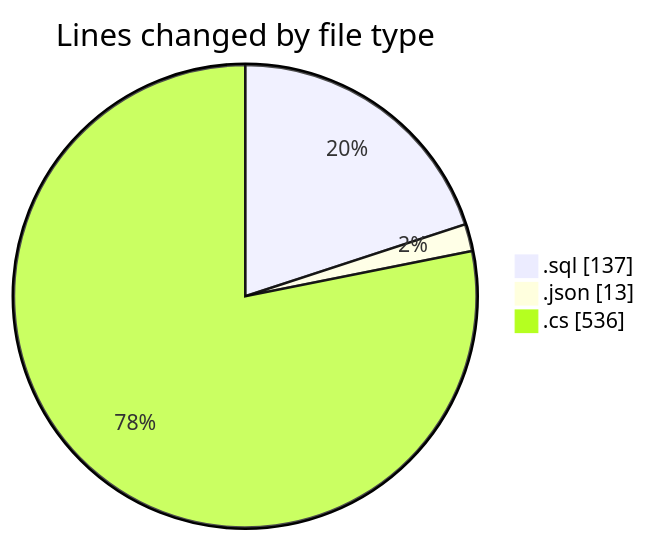
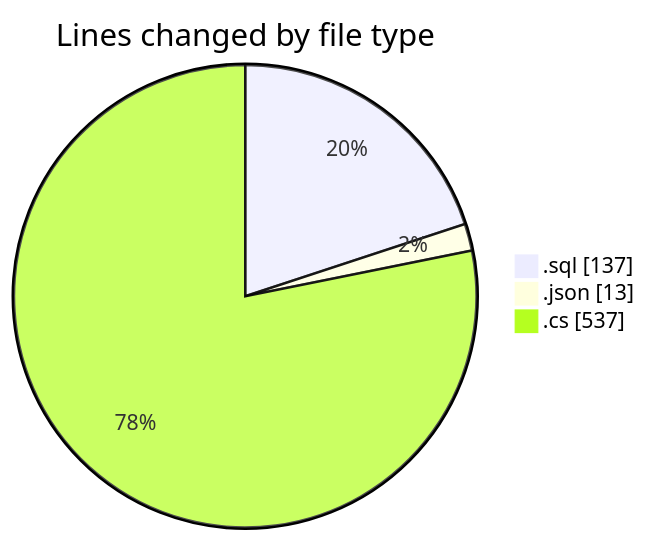
One commit to lephambinh05/code-tracking changed the first of 2 diagrams in 2025-07-14/nhahang/README.md. Above: the diagram before and after it, drawn with Mermaid. The commit also changed other lines of this file and 1 other file, not shown here.

````diff
--- a/2025-07-14/nhahang/README.md
+++ b/2025-07-14/nhahang/README.md
@@ -33,7 +33,7 @@
 ```mermaid
 pie showData
 title Lines changed by file type
 ".sql" : 137
 ".json" : 13
-".cs" : 536
+".cs" : 537
 ```
````
